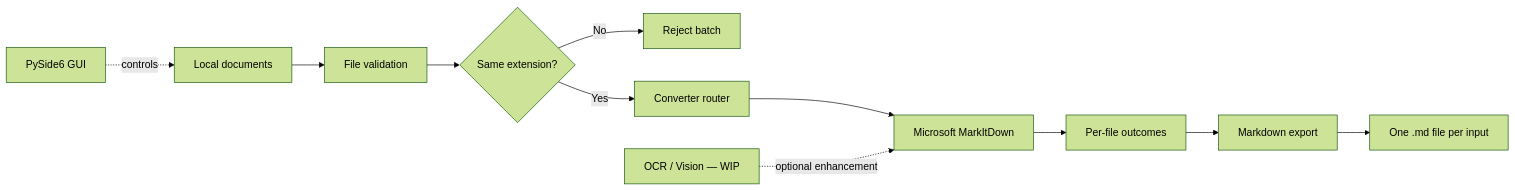
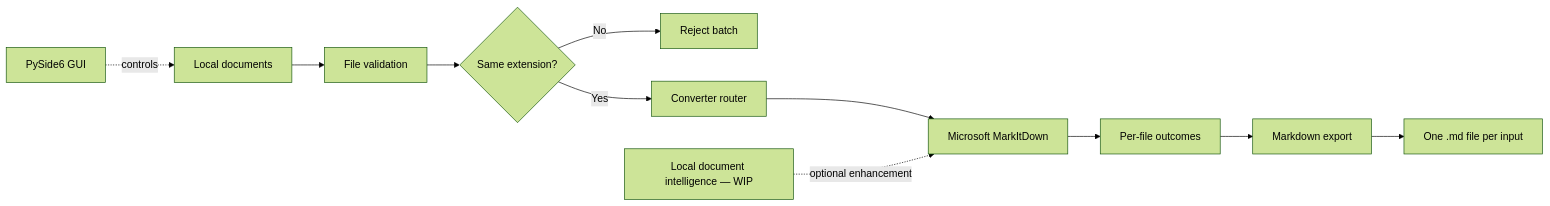
The diagram in README.md (DrBham/Hybird-Document-To-Markdown), drawn with Mermaid (forest theme) before and after one commit. The commit also changed other lines of this file and 26 other files, not shown here.

First line of the commit message:
feat(phase-e): build local document intelligence foundation

````diff
--- a/README.md
+++ b/README.md
@@ -147,14 +154,14 @@
 ```mermaid
 flowchart LR
     A[Local documents] --> B[File validation]
     B --> C{Same extension?}
     C -- No --> X[Reject batch]
     C -- Yes --> D[Converter router]
     D --> E[Microsoft MarkItDown]
     E --> F[Per-file outcomes]
     F --> G[Markdown export]
     G --> H[One .md file per input]
 
     UI[PySide6 GUI] -. controls .-> A
-    V[OCR / Vision — WIP] -. optional enhancement .-> E
+    V[Local document intelligence — WIP] -. optional enhancement .-> E
 ```
````
